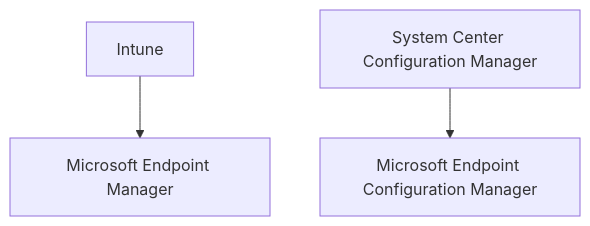
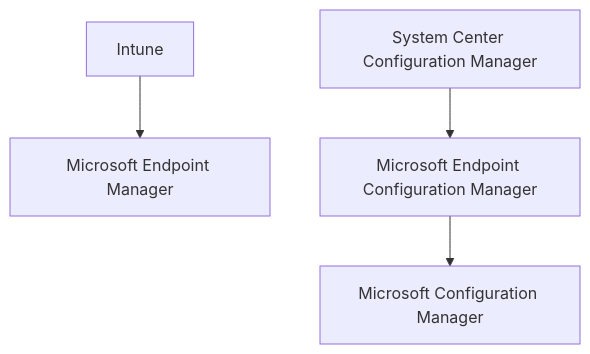
One commit to jlaundry/MicrosoftNaming changed the fourth of 5 diagrams in README.md. Above: the diagram before and after it, drawn with Mermaid.

````diff
--- a/README.md
+++ b/README.md
@@ -103,6 +103,6 @@
 ```mermaid
 graph TD;
 
     Intune --> MEM[Microsoft Endpoint Manager];
-    SCCM[System Center Configuration Manager] --> MECM[Microsoft Endpoint Configuration Manager];
+    SCCM[System Center Configuration Manager] --> MECM[Microsoft Endpoint Configuration Manager]  --> MCM[Microsoft Configuration Manager];
 ```
````
